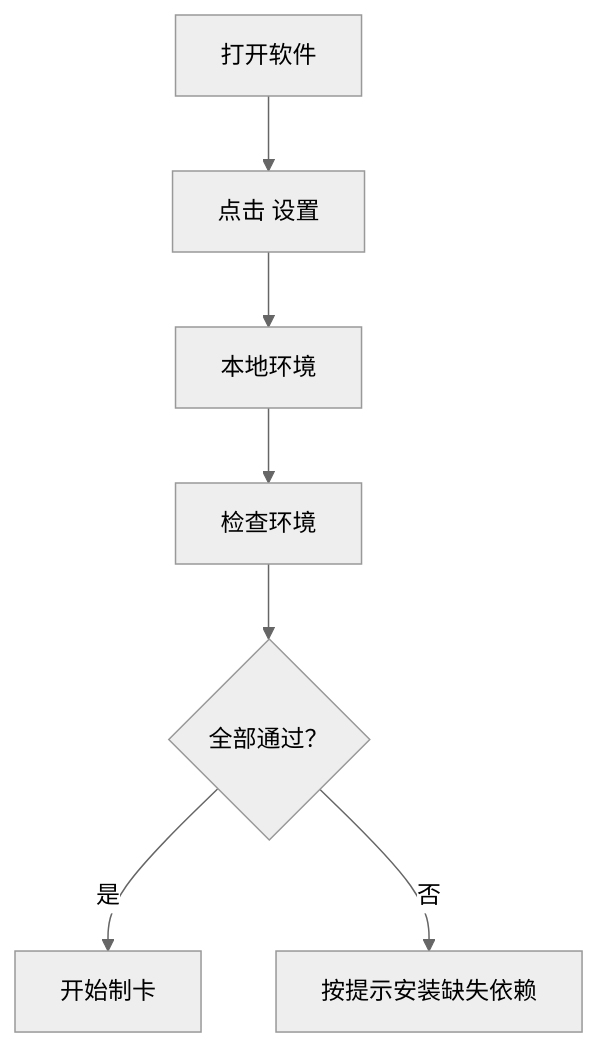
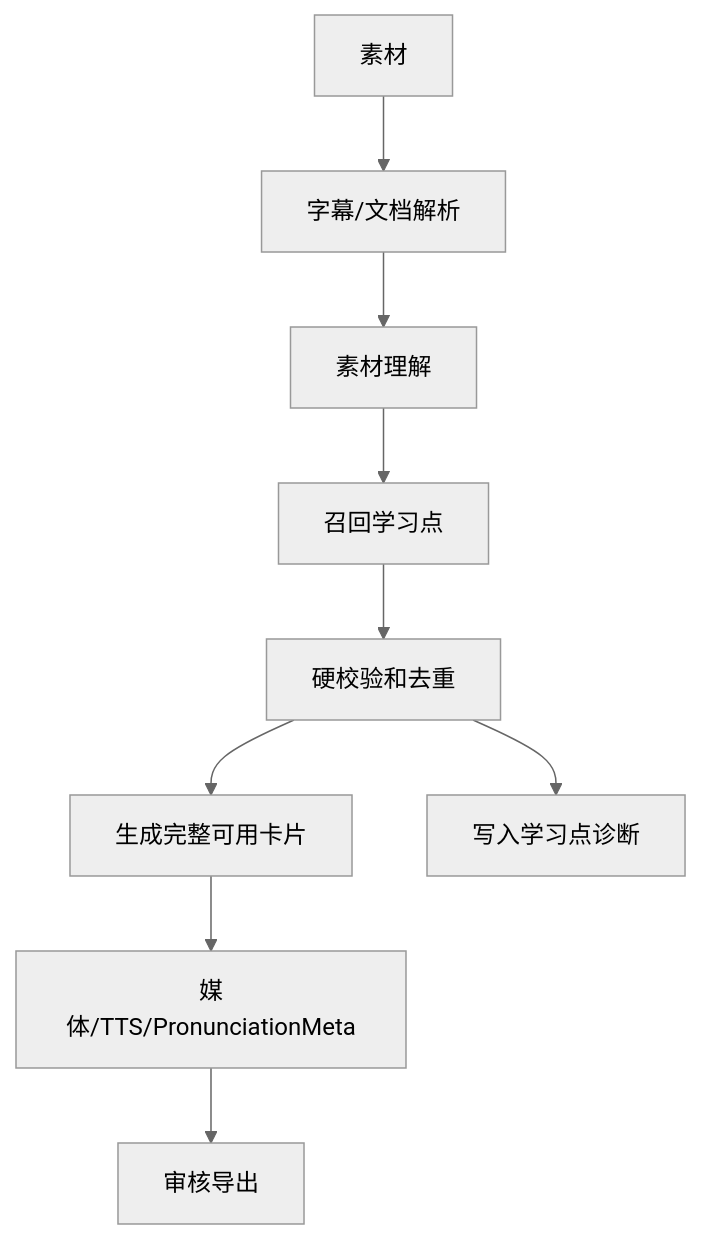
The diagram in docs/USER_GUIDE.md (zixuanzhou0-ai/Anki-card-generator), drawn with Mermaid (neutral theme) before and after one commit. The commit also changed other lines of this file and 56 other files, not shown here.

````diff
--- a/docs/USER_GUIDE.md
+++ b/docs/USER_GUIDE.md
@@ -19,9 +199,11 @@
 ```mermaid
 flowchart TB
-  A["打开软件"] --> B["点击 设置"]
-  B --> C["本地环境"]
-  C --> D["检查环境"]
-  D --> E{"全部通过？"}
-  E -->|是| F["开始制卡"]
-  E -->|否| G["按提示安装缺失依赖"]
+  A["素材"] --> B["字幕/文档解析"]
+  B --> C["素材理解"]
+  C --> D["召回学习点"]
+  D --> E["硬校验和去重"]
+  E --> F["生成完整可用卡片"]
+  E --> G["写入学习点诊断"]
+  F --> H["媒体/TTS/PronunciationMeta"]
+  H --> I["审核导出"]
 ```
````
